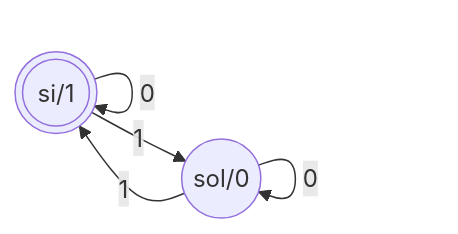
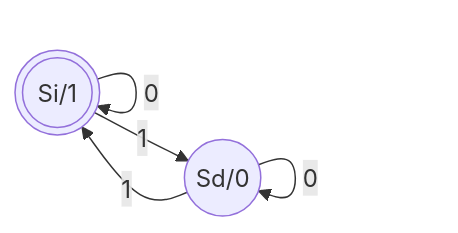
One commit to SuperSamus/appunti-universitari changed the fifth of 5 diagrams in Architettura e sistemi operativi/Automi.md. Above: the diagram before and after it, drawn with Mermaid. The commit also changed other lines of this file and 1 other file, not shown here.

````diff
--- a/Architettura e sistemi operativi/Automi.md
+++ b/Architettura e sistemi operativi/Automi.md
@@ -112,6 +112,6 @@
 ```mermaid
 flowchart LR
-si(((si/1))) --> |1| sol((sol/0)) --> |1| si
+si(((Si/1))) --> |1| sd((Sd/0)) --> |1| si
 si --> |0| si
-sol --> |0| sol
+sd --> |0| sd
 ```
````
